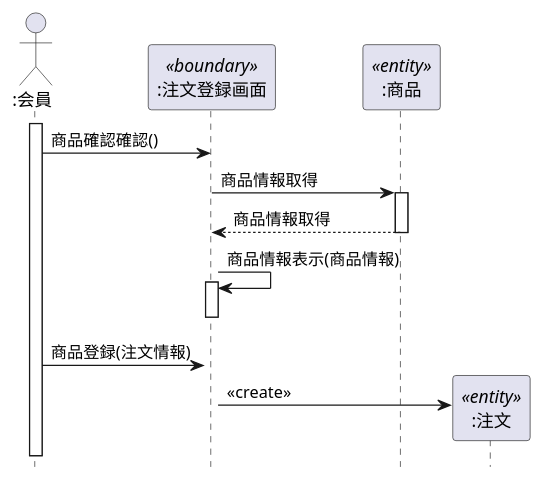
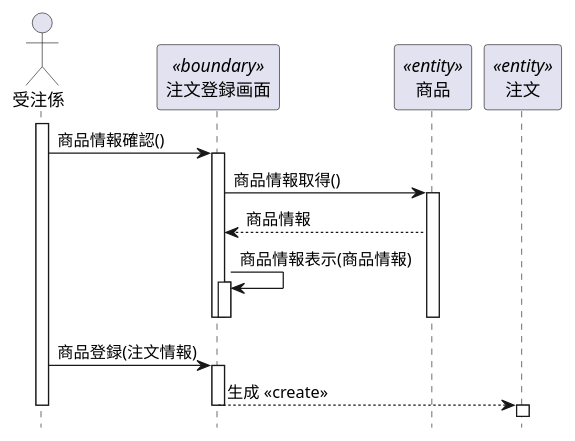
Before and after one commit to youryota/uml-introduction: the diagram in 演習4-4_SD_商品注文.pu, drawn with PlantUML.

Commit message:
修正

```diff
--- a/演習4-4_SD_商品注文.pu
+++ b/演習4-4_SD_商品注文.pu
@@ -1,24 +1,25 @@
 @startuml
 hide footbox
-Actor ":会員" as a1
-participant ":注文登録画面" as a2 <<boundary>>
-participant ":商品" as a3 <<entity>>
-participant ":注文" as a4 <<entity>>
-activate a1
-a1->a2:商品確認確認()
-       
-    a2->a3:商品情報取得
-    activate a3
-    a3-->a2:商品情報取得
-     deactivate a3
-    a2->a2:商品情報表示(商品情報)
-     activate a2
-     deactivate a2
-    deactivate a2
-
-a1->a2:商品登録(注文情報)
-    activate a2
-    create a4
-    a2->a4:<<create>>
-   
+actor 受注係 as user
+participant "注文登録画面" as boundary <<boundary>>
+participant "商品" as merchandise <<entity>>
+participant "注文" as order <<entity>>
+activate user
+user -> boundary :商品情報確認()
+activate boundary
+boundary -> merchandise :商品情報取得()
+activate merchandise
+boundary <-- merchandise :商品情報
+boundary -> boundary :商品情報表示(商品情報)
+activate boundary
+deactivate boundary
+deactivate merchandise
+deactivate boundary
+user -> boundary :商品登録(注文情報)
+activate boundary
+boundary --> order :生成 <<create>>
+deactivate boundary
+activate order
+deactivate order
+deactivate user
 @enduml
```
